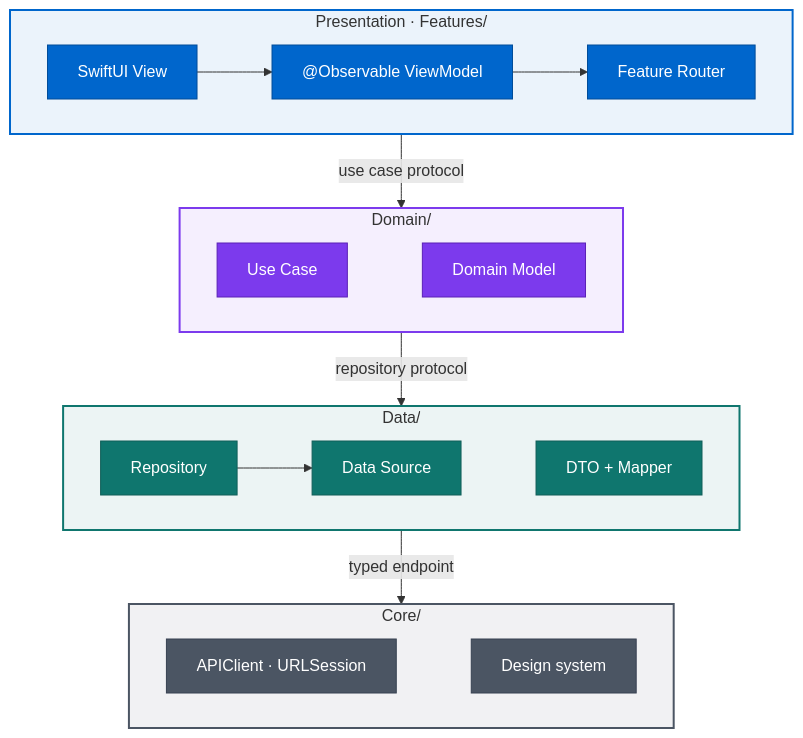
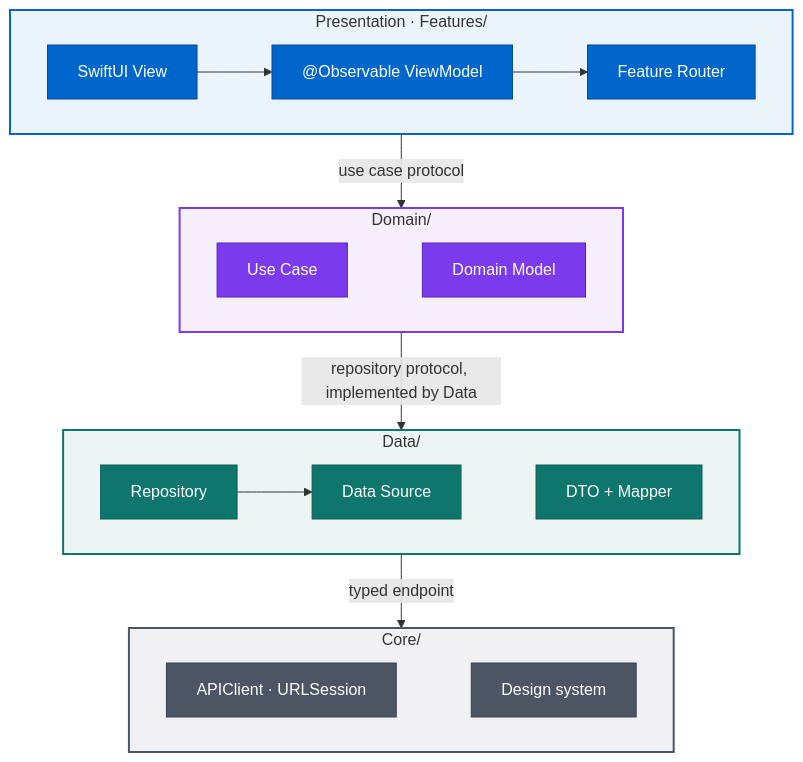
The first of 3 diagrams in README.md (magnoscg/ios-architecture-reference), drawn with Mermaid before and after one commit. The commit also changed other lines of this file and 7 other files, not shown here.

````diff
--- a/README.md
+++ b/README.md
@@ -86,35 +86,35 @@
 ```mermaid
 flowchart TB
     subgraph PRESENTATION["Presentation · Features/"]
         direction LR
         View["SwiftUI View"] --> ViewModel["@Observable ViewModel"] --> Router["Feature Router"]
     end
     subgraph DOMAIN["Domain/"]
         direction LR
         UseCase["Use Case"] ~~~ Model["Domain Model"]
     end
     subgraph DATA["Data/"]
         direction LR
         Repository["Repository"] --> DataSource["Data Source"] ~~~ DTO["DTO + Mapper"]
     end
     subgraph CORE["Core/"]
         direction LR
         APIClient["APIClient · URLSession"] ~~~ DesignSystem["Design system"]
     end
     PRESENTATION -- "use case protocol" --> DOMAIN
-    DOMAIN -- "repository protocol" --> DATA
+    DOMAIN -- "repository protocol, implemented by Data" --> DATA
     DATA -- "typed endpoint" --> CORE
 
     classDef presentation fill:#0066CC,stroke:#004C99,color:#FFFFFF
     classDef domain fill:#7C3AED,stroke:#5B21B6,color:#FFFFFF
     classDef data fill:#0F766E,stroke:#115E59,color:#FFFFFF
     classDef core fill:#4B5563,stroke:#374151,color:#FFFFFF
     class View,ViewModel,Router presentation
     class UseCase,Model domain
     class Repository,DataSource,DTO data
     class APIClient,DesignSystem core
     style PRESENTATION fill:#0066CC14,stroke:#0066CC,stroke-width:2px
     style DOMAIN fill:#7C3AED14,stroke:#7C3AED,stroke-width:2px
     style DATA fill:#0F766E14,stroke:#0F766E,stroke-width:2px
     style CORE fill:#4B556314,stroke:#4B5563,stroke-width:2px
 ```
````
